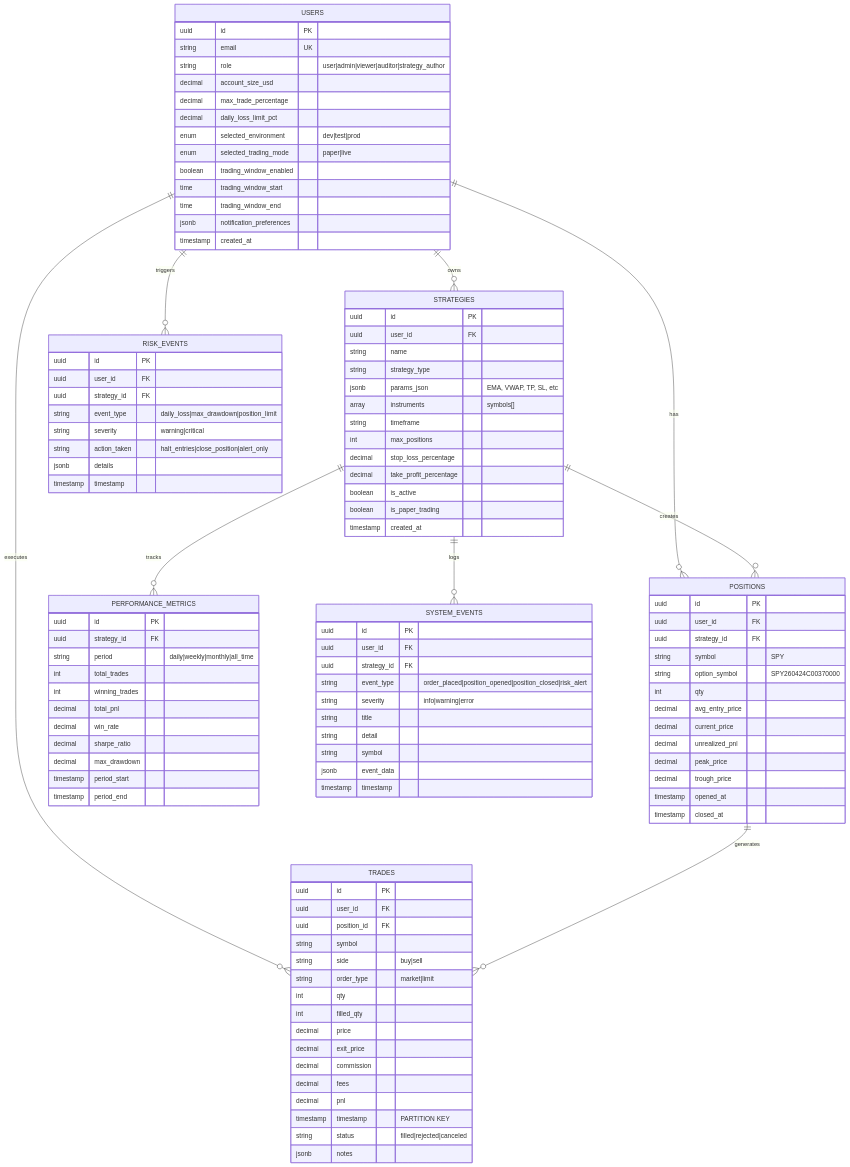
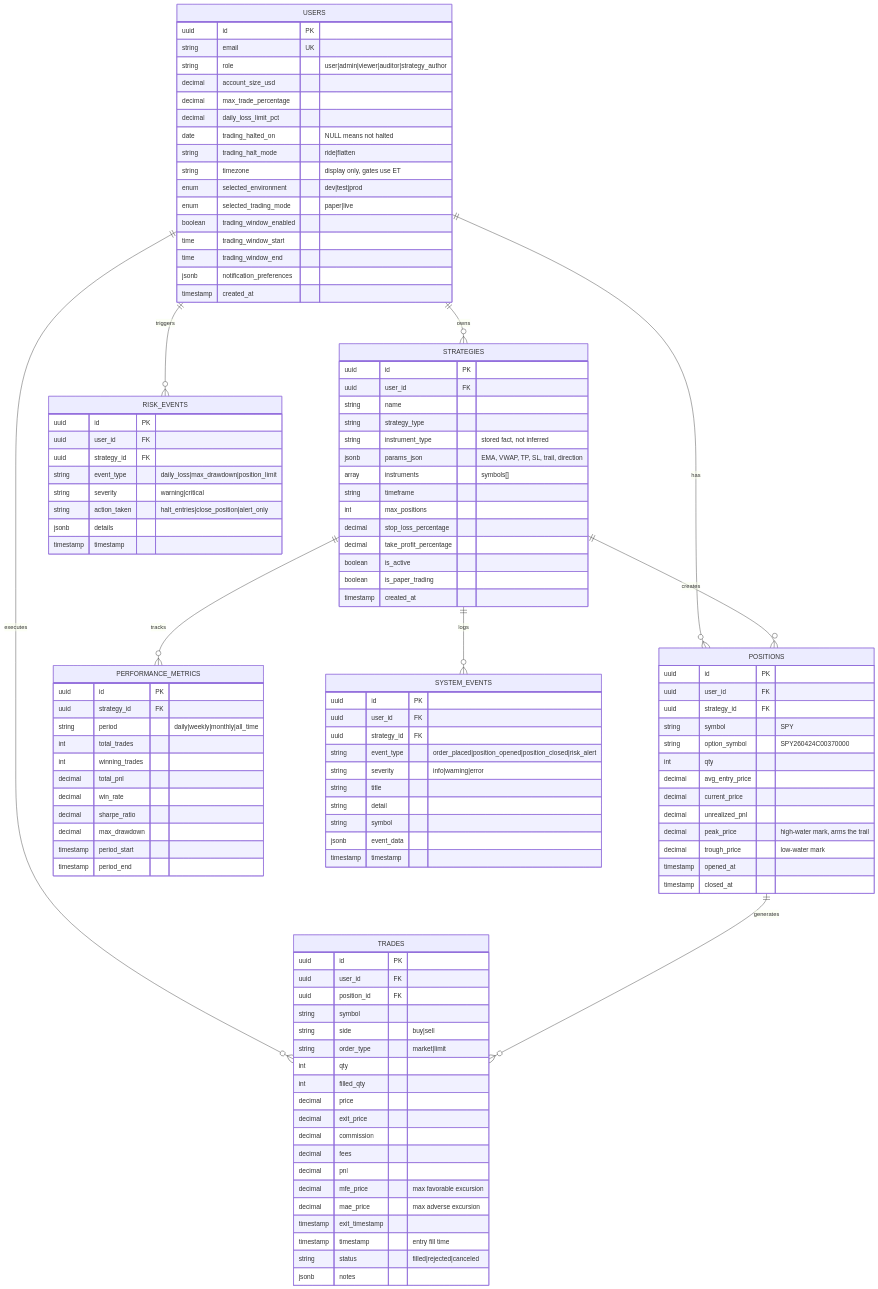
One commit to PirateKingSteve-0/VegaPunkR changed the second of 11 diagrams in docs/architecture-diagram.md. Above: the diagram before and after it, drawn with Mermaid. The commit also changed other lines of this file and 11 other files, not shown here.

Commit message:
FIX - account websocket issue, arch diagram file, prehook commit

```diff
--- a/docs/architecture-diagram.md
+++ b/docs/architecture-diagram.md
@@ -135,6 +140,9 @@
         decimal account_size_usd
         decimal max_trade_percentage
         decimal daily_loss_limit_pct
+        date trading_halted_on "NULL means not halted"
+        string trading_halt_mode "ride|flatten"
+        string timezone "display only, gates use ET"
         enum selected_environment "dev|test|prod"
         enum selected_trading_mode "paper|live"
         boolean trading_window_enabled
@@ -149,7 +157,8 @@
         uuid user_id FK
         string name
         string strategy_type
-        jsonb params_json "EMA, VWAP, TP, SL, etc"
+        string instrument_type "stored fact, not inferred"
+        jsonb params_json "EMA, VWAP, TP, SL, trail, direction"
         array instruments "symbols[]"
         string timeframe
         int max_positions
@@ -170,8 +179,8 @@
         decimal avg_entry_price
         decimal current_price
         decimal unrealized_pnl
-        decimal peak_price
-        decimal trough_price
+        decimal peak_price "high-water mark, arms the trail"
+        decimal trough_price "low-water mark"
         timestamp opened_at
         timestamp closed_at
     }
@@ -190,7 +199,10 @@
         decimal commission
         decimal fees
         decimal pnl
-        timestamp timestamp "PARTITION KEY"
+        decimal mfe_price "max favorable excursion"
+        decimal mae_price "max adverse excursion"
+        timestamp exit_timestamp
+        timestamp timestamp "entry fill time"
         string status "filled|rejected|canceled"
         jsonb notes
     }
```
